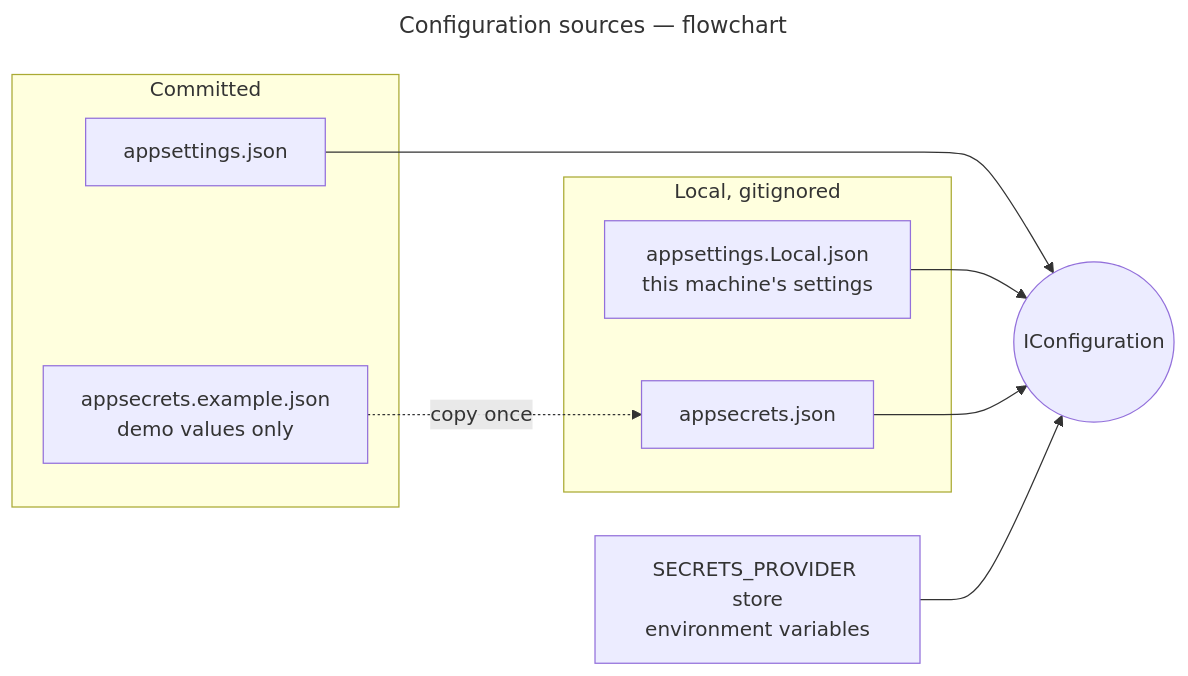
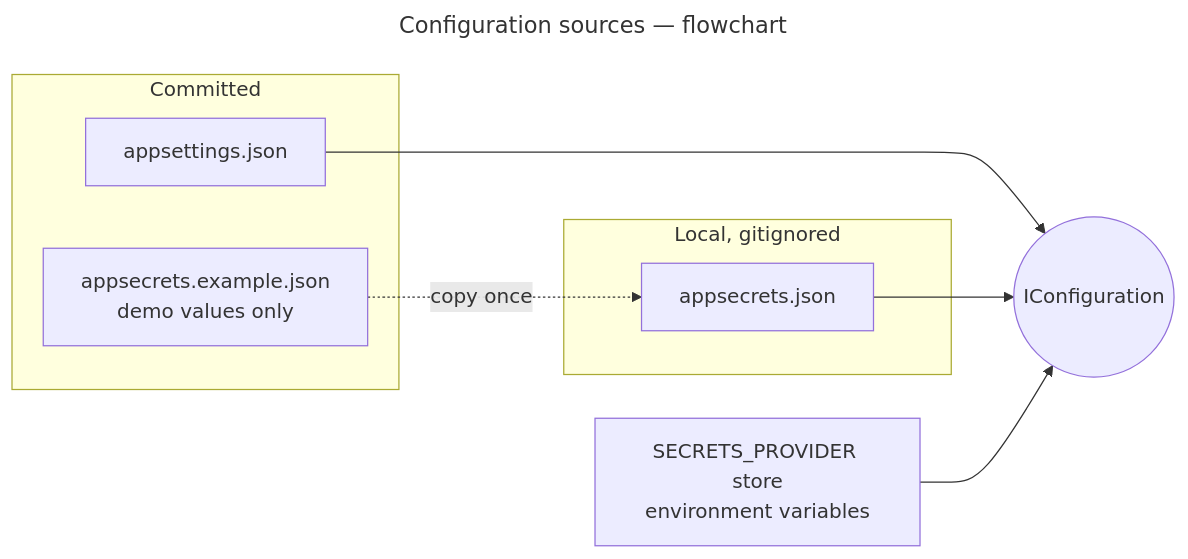
Before and after one commit to gmetskhvarishvili/GM.FileStorage.Samples: the diagram in docs/configuration.md, drawn with Mermaid. The commit also changed other lines of this file and 7 other files, not shown here.

First line of the commit message:
feat: store files in C:/Files; no appsettings.Local.json

````diff
--- a/docs/configuration.md
+++ b/docs/configuration.md
@@ -30,22 +12,20 @@
 ```mermaid
 ---
 title: Configuration sources — flowchart
 ---
 flowchart LR
     subgraph committed[Committed]
         a1[appsettings.json]
         a2[appsecrets.example.json<br/>demo values only]
     end
     subgraph local[Local, gitignored]
-        l1[appsettings.Local.json<br/>this machine's settings]
         s1[appsecrets.json]
     end
     env[SECRETS_PROVIDER store<br/>environment variables]
     cfg((IConfiguration))
 
     a2 -. copy once .-> s1
     a1 --> cfg
-    l1 --> cfg
     s1 --> cfg
     env --> cfg
 ```
````
